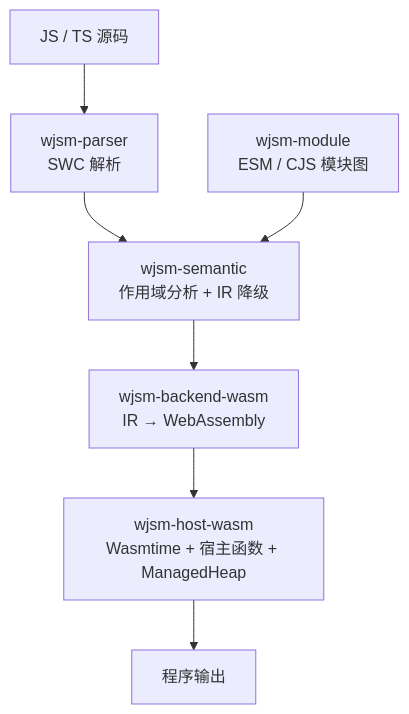
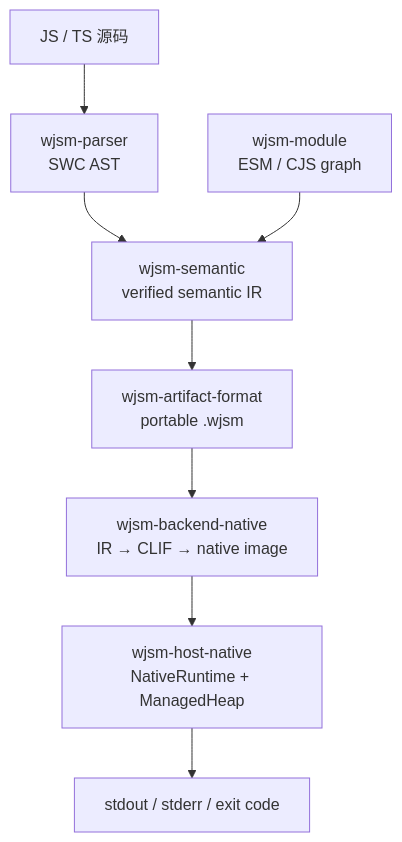
One commit to juzi5201314/wjsm changed the diagram in docs/book/src/user/overview/architecture.md. Above: the diagram before and after it, drawn with Mermaid. The commit also changed other lines of this file and 109 other files, not shown here.

First line of the commit message:
docs: retire Wasm backend documentation and update to native

````diff
--- a/docs/book/src/user/overview/architecture.md
+++ b/docs/book/src/user/overview/architecture.md
@@ -7,9 +5,10 @@
 ```mermaid
 flowchart TD
-    src["JS / TS 源码"] --> parser["wjsm-parser<br/>SWC 解析"]
-    parser --> semantic["wjsm-semantic<br/>作用域分析 + IR 降级"]
-    module["wjsm-module<br/>ESM / CJS 模块图"] --> semantic
-    semantic --> backend["wjsm-backend-wasm<br/>IR → WebAssembly"]
-    backend --> host["wjsm-host-wasm<br/>Wasmtime + 宿主函数 + ManagedHeap"]
-    host --> out["程序输出"]
+    source["JS / TS 源码"] --> parser["wjsm-parser<br/>SWC AST"]
+    parser --> semantic["wjsm-semantic<br/>verified semantic IR"]
+    module["wjsm-module<br/>ESM / CJS graph"] --> semantic
+    semantic --> artifact["wjsm-artifact-format<br/>portable .wjsm"]
+    artifact --> backend["wjsm-backend-native<br/>IR → CLIF → native image"]
+    backend --> runtime["wjsm-host-native<br/>NativeRuntime + ManagedHeap"]
+    runtime --> output["stdout / stderr / exit code"]
 ```
````
